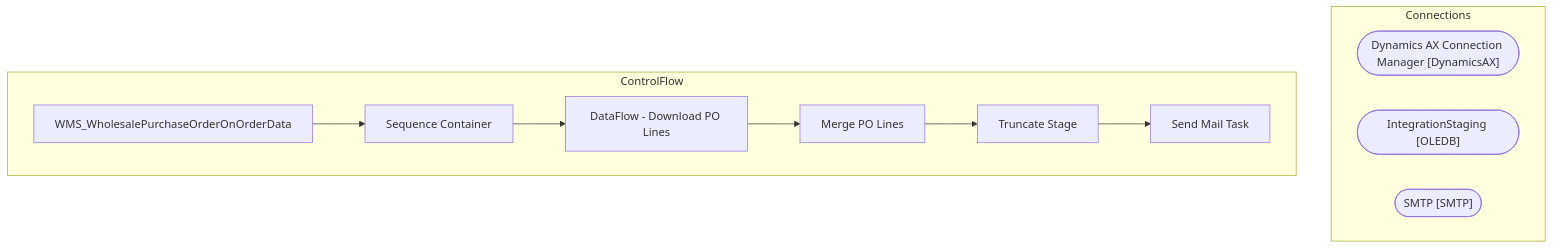
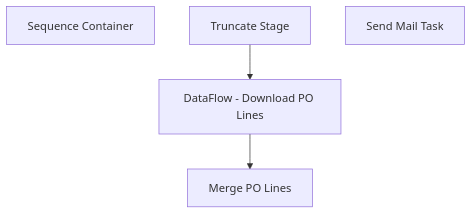
The diagram in bab-docs-explorer/Documentation/STL-SSIS-P-01/SSIS/WMS/WMS_WholesalePurchaseOrderOnOrderData.WMS_WholesalePurchaseOrderOnOrderData.md (juanandresbrain/BABSkills), drawn with Mermaid before and after one commit. The commit also changed other lines of this file and 273 other files, not shown here.

````diff
--- a/bab-docs-explorer/Documentation/STL-SSIS-P-01/SSIS/WMS/WMS_WholesalePurchaseOrderOnOrderData.WMS_WholesalePurchaseOrderOnOrderData.md
+++ b/bab-docs-explorer/Documentation/STL-SSIS-P-01/SSIS/WMS/WMS_WholesalePurchaseOrderOnOrderData.WMS_WholesalePurchaseOrderOnOrderData.md
@@ -9,21 +38,10 @@
 ```mermaid
 flowchart TD
-    subgraph Connections
-        Dynamics_AX_Connection_Manager_conn(["Dynamics AX Connection Manager [DynamicsAX]"])
-        IntegrationStaging_conn(["IntegrationStaging [OLEDB]"])
-        SMTP_conn(["SMTP [SMTP]"])
-    end
-    subgraph ControlFlow
-        WMS_WholesalePurchaseOrderOnOrderData_task["WMS_WholesalePurchaseOrderOnOrderData"]
-        Sequence_Container_task["Sequence Container"]
-        WMS_WholesalePurchaseOrderOnOrderData_task --> Sequence_Container_task
-        DataFlow___Download_PO_Lines_task["DataFlow - Download PO Lines"]
-        Sequence_Container_task --> DataFlow___Download_PO_Lines_task
-        Merge_PO_Lines_task["Merge PO Lines"]
-        DataFlow___Download_PO_Lines_task --> Merge_PO_Lines_task
-        Truncate_Stage_task["Truncate Stage"]
-        Merge_PO_Lines_task --> Truncate_Stage_task
-        Send_Mail_Task_task["Send Mail Task"]
-        Truncate_Stage_task --> Send_Mail_Task_task
-    end
+    n_Package_Sequence_Container["Sequence Container"]
+    n_Package_Sequence_Container_DataFlow___Download_PO_Lines["DataFlow - Download PO Lines"]
+    n_Package_Sequence_Container_Merge_PO_Lines["Merge PO Lines"]
+    n_Package_Sequence_Container_Truncate_Stage["Truncate Stage"]
+    n_Package_EventHandlers_OnError__Send_Mail_Task["Send Mail Task"]
+    n_Package_Sequence_Container_Truncate_Stage --> n_Package_Sequence_Container_DataFlow___Download_PO_Lines
+    n_Package_Sequence_Container_DataFlow___Download_PO_Lines --> n_Package_Sequence_Container_Merge_PO_Lines
 ```
````
